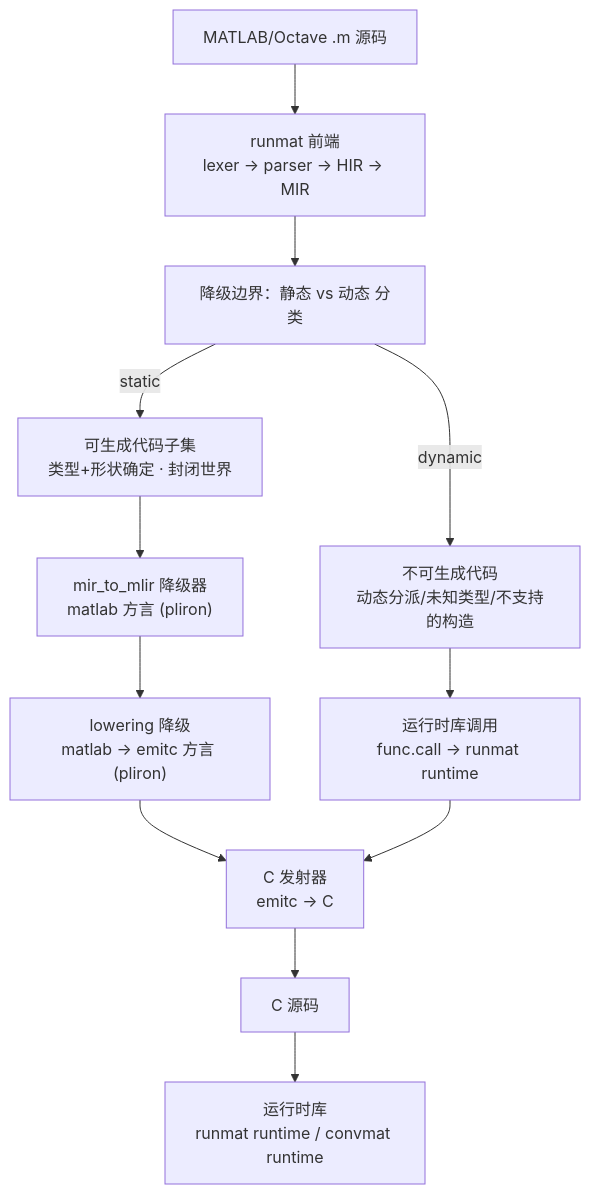
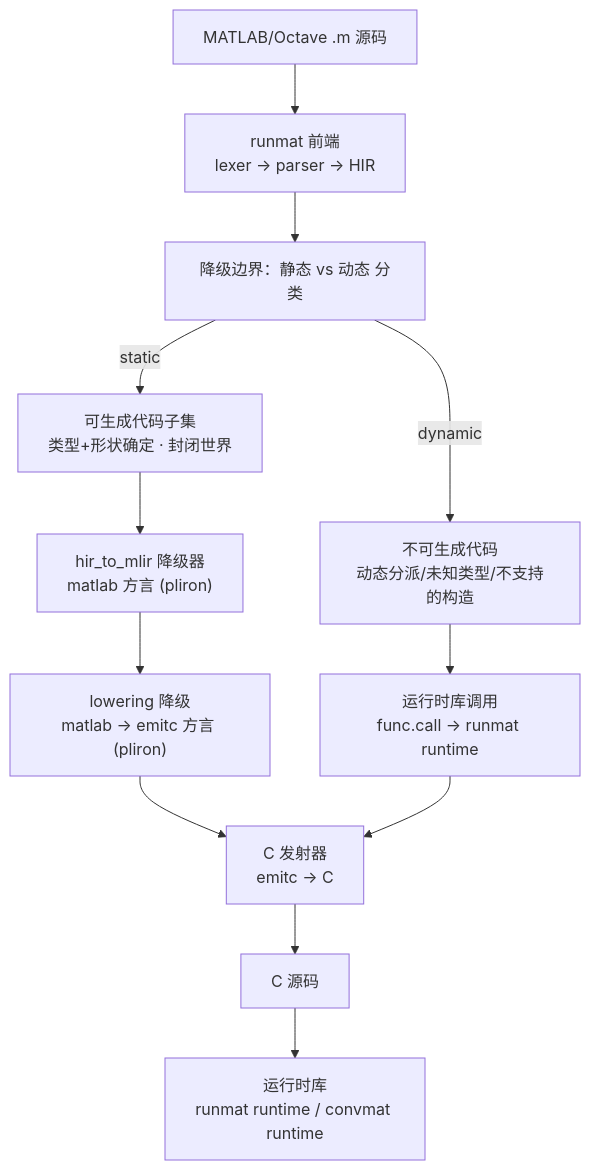
Before and after one commit to topshihun/convmat: the diagram in docs/architecture.md, drawn with Mermaid. The commit also changed other lines of this file and 35 other files, not shown here.

First line of the commit message:
Migrate frontend from MIR to HIR

````diff
--- a/docs/architecture.md
+++ b/docs/architecture.md
@@ -137,19 +148,19 @@
 ```mermaid
 flowchart TD
     SRC["MATLAB/Octave .m 源码"]
-    FE["runmat 前端<br/>lexer → parser → HIR → MIR"]
+    FE["runmat 前端<br/>lexer → parser → HIR"]
     BND["降级边界：静态 vs 动态 分类"]
     STATIC["可生成代码子集<br/>类型+形状确定 · 封闭世界"]
     DYN["不可生成代码<br/>动态分派/未知类型/不支持的构造"]
-    MIR["mir_to_mlir 降级器<br/>matlab 方言 (pliron)"]
+    HIR["hir_to_mlir 降级器<br/>matlab 方言 (pliron)"]
     LOW["lowering 降级<br/>matlab → emitc 方言 (pliron)"]
     EMIT["C 发射器<br/>emitc → C"]
     RTCALL["运行时库调用<br/>func.call → runmat runtime"]
     C["C 源码"]
     RT["运行时库<br/>runmat runtime / convmat runtime"]
 
     SRC --> FE --> BND
-    BND -->|static| STATIC --> MIR --> LOW --> EMIT --> C
+    BND -->|static| STATIC --> HIR --> LOW --> EMIT --> C
     BND -->|dynamic| DYN --> RTCALL --> EMIT
     C --> RT
 ```
````
